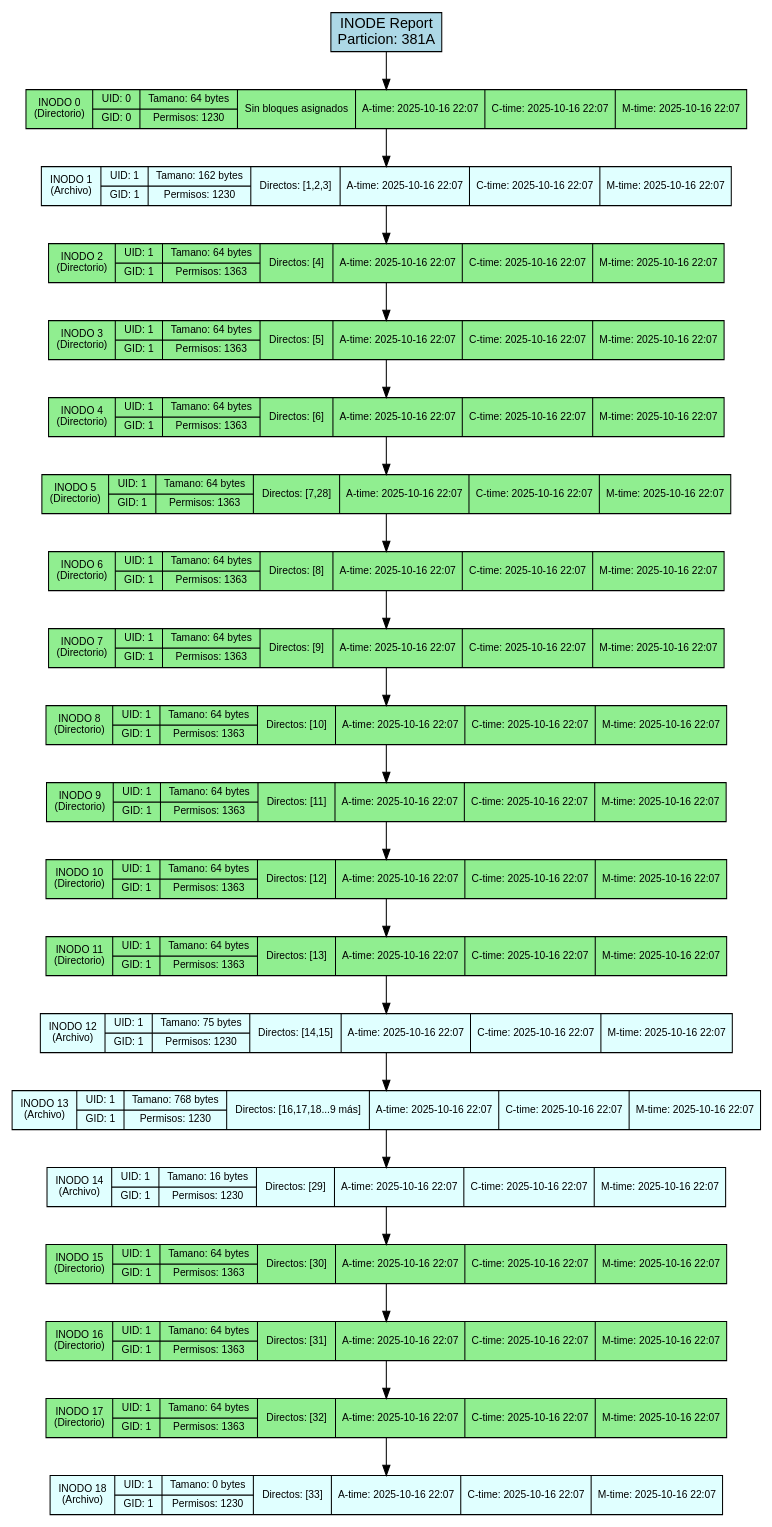
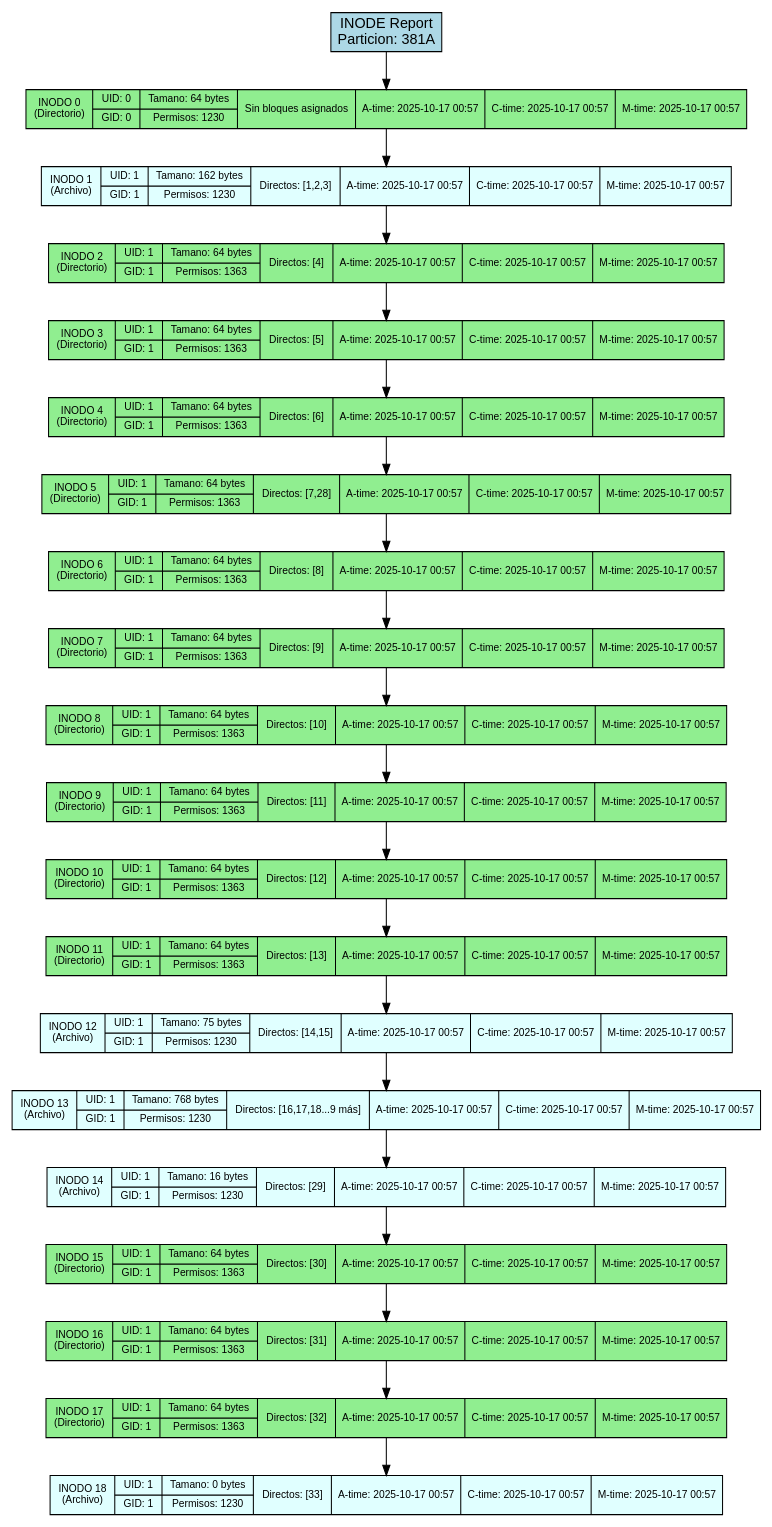
Before and after one commit to DiegVas/MIA_2S2025_P2_202300638: the diagram in backend/provider/reports/src/inode_381A.dot, drawn with Graphviz. The commit also changed 14 other files, not shown here.

```diff
--- a/backend/provider/reports/src/inode_381A.dot
+++ b/backend/provider/reports/src/inode_381A.dot
@@ -1,50 +1,50 @@
 digraph Inode_Report {
     rankdir=TB;
     node [shape=record, style=filled];
     graph [fontname="Arial", fontsize=12];
     node [fontname="Arial", fontsize=10];
     edge [fontname="Arial"];
 
     title [label="INODE Report\nParticion: 381A", fillcolor=lightblue, fontsize=14];
 
-    inode_0 [label="INODO 0\n(Directorio)|{UID: 0 | GID: 0}|{Tamano: 64 bytes | Permisos: 1230}|{Sin bloques asignados}|{A-time: 2025-10-16 22:07}|{C-time: 2025-10-16 22:07}|{M-time: 2025-10-16 22:07}", fillcolor=lightgreen];
-    inode_1 [label="INODO 1\n(Archivo)|{UID: 1 | GID: 1}|{Tamano: 162 bytes | Permisos: 1230}|{Directos: [1,2,3]}|{A-time: 2025-10-16 22:07}|{C-time: 2025-10-16 22:07}|{M-time: 2025-10-16 22:07}", fillcolor=lightcyan];
-    inode_2 [label="INODO 2\n(Directorio)|{UID: 1 | GID: 1}|{Tamano: 64 bytes | Permisos: 1363}|{Directos: [4]}|{A-time: 2025-10-16 22:07}|{C-time: 2025-10-16 22:07}|{M-time: 2025-10-16 22:07}", fillcolor=lightgreen];
-    inode_3 [label="INODO 3\n(Directorio)|{UID: 1 | GID: 1}|{Tamano: 64 bytes | Permisos: 1363}|{Directos: [5]}|{A-time: 2025-10-16 22:07}|{C-time: 2025-10-16 22:07}|{M-time: 2025-10-16 22:07}", fillcolor=lightgreen];
-    inode_4 [label="INODO 4\n(Directorio)|{UID: 1 | GID: 1}|{Tamano: 64 bytes | Permisos: 1363}|{Directos: [6]}|{A-time: 2025-10-16 22:07}|{C-time: 2025-10-16 22:07}|{M-time: 2025-10-16 22:07}", fillcolor=lightgreen];
-    inode_5 [label="INODO 5\n(Directorio)|{UID: 1 | GID: 1}|{Tamano: 64 bytes | Permisos: 1363}|{Directos: [7,28]}|{A-time: 2025-10-16 22:07}|{C-time: 2025-10-16 22:07}|{M-time: 2025-10-16 22:07}", fillcolor=lightgreen];
-    inode_6 [label="INODO 6\n(Directorio)|{UID: 1 | GID: 1}|{Tamano: 64 bytes | Permisos: 1363}|{Directos: [8]}|{A-time: 2025-10-16 22:07}|{C-time: 2025-10-16 22:07}|{M-time: 2025-10-16 22:07}", fillcolor=lightgreen];
-    inode_7 [label="INODO 7\n(Directorio)|{UID: 1 | GID: 1}|{Tamano: 64 bytes | Permisos: 1363}|{Directos: [9]}|{A-time: 2025-10-16 22:07}|{C-time: 2025-10-16 22:07}|{M-time: 2025-10-16 22:07}", fillcolor=lightgreen];
-    inode_8 [label="INODO 8\n(Directorio)|{UID: 1 | GID: 1}|{Tamano: 64 bytes | Permisos: 1363}|{Directos: [10]}|{A-time: 2025-10-16 22:07}|{C-time: 2025-10-16 22:07}|{M-time: 2025-10-16 22:07}", fillcolor=lightgreen];
-    inode_9 [label="INODO 9\n(Directorio)|{UID: 1 | GID: 1}|{Tamano: 64 bytes | Permisos: 1363}|{Directos: [11]}|{A-time: 2025-10-16 22:07}|{C-time: 2025-10-16 22:07}|{M-time: 2025-10-16 22:07}", fillcolor=lightgreen];
-    inode_10 [label="INODO 10\n(Directorio)|{UID: 1 | GID: 1}|{Tamano: 64 bytes | Permisos: 1363}|{Directos: [12]}|{A-time: 2025-10-16 22:07}|{C-time: 2025-10-16 22:07}|{M-time: 2025-10-16 22:07}", fillcolor=lightgreen];
-    inode_11 [label="INODO 11\n(Directorio)|{UID: 1 | GID: 1}|{Tamano: 64 bytes | Permisos: 1363}|{Directos: [13]}|{A-time: 2025-10-16 22:07}|{C-time: 2025-10-16 22:07}|{M-time: 2025-10-16 22:07}", fillcolor=lightgreen];
-    inode_12 [label="INODO 12\n(Archivo)|{UID: 1 | GID: 1}|{Tamano: 75 bytes | Permisos: 1230}|{Directos: [14,15]}|{A-time: 2025-10-16 22:07}|{C-time: 2025-10-16 22:07}|{M-time: 2025-10-16 22:07}", fillcolor=lightcyan];
-    inode_13 [label="INODO 13\n(Archivo)|{UID: 1 | GID: 1}|{Tamano: 768 bytes | Permisos: 1230}|{Directos: [16,17,18...9 más]}|{A-time: 2025-10-16 22:07}|{C-time: 2025-10-16 22:07}|{M-time: 2025-10-16 22:07}", fillcolor=lightcyan];
-    inode_14 [label="INODO 14\n(Archivo)|{UID: 1 | GID: 1}|{Tamano: 16 bytes | Permisos: 1230}|{Directos: [29]}|{A-time: 2025-10-16 22:07}|{C-time: 2025-10-16 22:07}|{M-time: 2025-10-16 22:07}", fillcolor=lightcyan];
-    inode_15 [label="INODO 15\n(Directorio)|{UID: 1 | GID: 1}|{Tamano: 64 bytes | Permisos: 1363}|{Directos: [30]}|{A-time: 2025-10-16 22:07}|{C-time: 2025-10-16 22:07}|{M-time: 2025-10-16 22:07}", fillcolor=lightgreen];
-    inode_16 [label="INODO 16\n(Directorio)|{UID: 1 | GID: 1}|{Tamano: 64 bytes | Permisos: 1363}|{Directos: [31]}|{A-time: 2025-10-16 22:07}|{C-time: 2025-10-16 22:07}|{M-time: 2025-10-16 22:07}", fillcolor=lightgreen];
-    inode_17 [label="INODO 17\n(Directorio)|{UID: 1 | GID: 1}|{Tamano: 64 bytes | Permisos: 1363}|{Directos: [32]}|{A-time: 2025-10-16 22:07}|{C-time: 2025-10-16 22:07}|{M-time: 2025-10-16 22:07}", fillcolor=lightgreen];
-    inode_18 [label="INODO 18\n(Archivo)|{UID: 1 | GID: 1}|{Tamano: 0 bytes | Permisos: 1230}|{Directos: [33]}|{A-time: 2025-10-16 22:07}|{C-time: 2025-10-16 22:07}|{M-time: 2025-10-16 22:07}", fillcolor=lightcyan];
+    inode_0 [label="INODO 0\n(Directorio)|{UID: 0 | GID: 0}|{Tamano: 64 bytes | Permisos: 1230}|{Sin bloques asignados}|{A-time: 2025-10-17 00:57}|{C-time: 2025-10-17 00:57}|{M-time: 2025-10-17 00:57}", fillcolor=lightgreen];
+    inode_1 [label="INODO 1\n(Archivo)|{UID: 1 | GID: 1}|{Tamano: 162 bytes | Permisos: 1230}|{Directos: [1,2,3]}|{A-time: 2025-10-17 00:57}|{C-time: 2025-10-17 00:57}|{M-time: 2025-10-17 00:57}", fillcolor=lightcyan];
+    inode_2 [label="INODO 2\n(Directorio)|{UID: 1 | GID: 1}|{Tamano: 64 bytes | Permisos: 1363}|{Directos: [4]}|{A-time: 2025-10-17 00:57}|{C-time: 2025-10-17 00:57}|{M-time: 2025-10-17 00:57}", fillcolor=lightgreen];
+    inode_3 [label="INODO 3\n(Directorio)|{UID: 1 | GID: 1}|{Tamano: 64 bytes | Permisos: 1363}|{Directos: [5]}|{A-time: 2025-10-17 00:57}|{C-time: 2025-10-17 00:57}|{M-time: 2025-10-17 00:57}", fillcolor=lightgreen];
+    inode_4 [label="INODO 4\n(Directorio)|{UID: 1 | GID: 1}|{Tamano: 64 bytes | Permisos: 1363}|{Directos: [6]}|{A-time: 2025-10-17 00:57}|{C-time: 2025-10-17 00:57}|{M-time: 2025-10-17 00:57}", fillcolor=lightgreen];
+    inode_5 [label="INODO 5\n(Directorio)|{UID: 1 | GID: 1}|{Tamano: 64 bytes | Permisos: 1363}|{Directos: [7,28]}|{A-time: 2025-10-17 00:57}|{C-time: 2025-10-17 00:57}|{M-time: 2025-10-17 00:57}", fillcolor=lightgreen];
+    inode_6 [label="INODO 6\n(Directorio)|{UID: 1 | GID: 1}|{Tamano: 64 bytes | Permisos: 1363}|{Directos: [8]}|{A-time: 2025-10-17 00:57}|{C-time: 2025-10-17 00:57}|{M-time: 2025-10-17 00:57}", fillcolor=lightgreen];
+    inode_7 [label="INODO 7\n(Directorio)|{UID: 1 | GID: 1}|{Tamano: 64 bytes | Permisos: 1363}|{Directos: [9]}|{A-time: 2025-10-17 00:57}|{C-time: 2025-10-17 00:57}|{M-time: 2025-10-17 00:57}", fillcolor=lightgreen];
+    inode_8 [label="INODO 8\n(Directorio)|{UID: 1 | GID: 1}|{Tamano: 64 bytes | Permisos: 1363}|{Directos: [10]}|{A-time: 2025-10-17 00:57}|{C-time: 2025-10-17 00:57}|{M-time: 2025-10-17 00:57}", fillcolor=lightgreen];
+    inode_9 [label="INODO 9\n(Directorio)|{UID: 1 | GID: 1}|{Tamano: 64 bytes | Permisos: 1363}|{Directos: [11]}|{A-time: 2025-10-17 00:57}|{C-time: 2025-10-17 00:57}|{M-time: 2025-10-17 00:57}", fillcolor=lightgreen];
+    inode_10 [label="INODO 10\n(Directorio)|{UID: 1 | GID: 1}|{Tamano: 64 bytes | Permisos: 1363}|{Directos: [12]}|{A-time: 2025-10-17 00:57}|{C-time: 2025-10-17 00:57}|{M-time: 2025-10-17 00:57}", fillcolor=lightgreen];
+    inode_11 [label="INODO 11\n(Directorio)|{UID: 1 | GID: 1}|{Tamano: 64 bytes | Permisos: 1363}|{Directos: [13]}|{A-time: 2025-10-17 00:57}|{C-time: 2025-10-17 00:57}|{M-time: 2025-10-17 00:57}", fillcolor=lightgreen];
+    inode_12 [label="INODO 12\n(Archivo)|{UID: 1 | GID: 1}|{Tamano: 75 bytes | Permisos: 1230}|{Directos: [14,15]}|{A-time: 2025-10-17 00:57}|{C-time: 2025-10-17 00:57}|{M-time: 2025-10-17 00:57}", fillcolor=lightcyan];
+    inode_13 [label="INODO 13\n(Archivo)|{UID: 1 | GID: 1}|{Tamano: 768 bytes | Permisos: 1230}|{Directos: [16,17,18...9 más]}|{A-time: 2025-10-17 00:57}|{C-time: 2025-10-17 00:57}|{M-time: 2025-10-17 00:57}", fillcolor=lightcyan];
+    inode_14 [label="INODO 14\n(Archivo)|{UID: 1 | GID: 1}|{Tamano: 16 bytes | Permisos: 1230}|{Directos: [29]}|{A-time: 2025-10-17 00:57}|{C-time: 2025-10-17 00:57}|{M-time: 2025-10-17 00:57}", fillcolor=lightcyan];
+    inode_15 [label="INODO 15\n(Directorio)|{UID: 1 | GID: 1}|{Tamano: 64 bytes | Permisos: 1363}|{Directos: [30]}|{A-time: 2025-10-17 00:57}|{C-time: 2025-10-17 00:57}|{M-time: 2025-10-17 00:57}", fillcolor=lightgreen];
+    inode_16 [label="INODO 16\n(Directorio)|{UID: 1 | GID: 1}|{Tamano: 64 bytes | Permisos: 1363}|{Directos: [31]}|{A-time: 2025-10-17 00:57}|{C-time: 2025-10-17 00:57}|{M-time: 2025-10-17 00:57}", fillcolor=lightgreen];
+    inode_17 [label="INODO 17\n(Directorio)|{UID: 1 | GID: 1}|{Tamano: 64 bytes | Permisos: 1363}|{Directos: [32]}|{A-time: 2025-10-17 00:57}|{C-time: 2025-10-17 00:57}|{M-time: 2025-10-17 00:57}", fillcolor=lightgreen];
+    inode_18 [label="INODO 18\n(Archivo)|{UID: 1 | GID: 1}|{Tamano: 0 bytes | Permisos: 1230}|{Directos: [33]}|{A-time: 2025-10-17 00:57}|{C-time: 2025-10-17 00:57}|{M-time: 2025-10-17 00:57}", fillcolor=lightcyan];
 
     // Conexiones de la lista enlazada
     title -> inode_0;
     inode_0 -> inode_1;
     inode_1 -> inode_2;
     inode_2 -> inode_3;
     inode_3 -> inode_4;
     inode_4 -> inode_5;
     inode_5 -> inode_6;
     inode_6 -> inode_7;
     inode_7 -> inode_8;
     inode_8 -> inode_9;
     inode_9 -> inode_10;
     inode_10 -> inode_11;
     inode_11 -> inode_12;
     inode_12 -> inode_13;
     inode_13 -> inode_14;
     inode_14 -> inode_15;
     inode_15 -> inode_16;
     inode_16 -> inode_17;
     inode_17 -> inode_18;
 }
```
